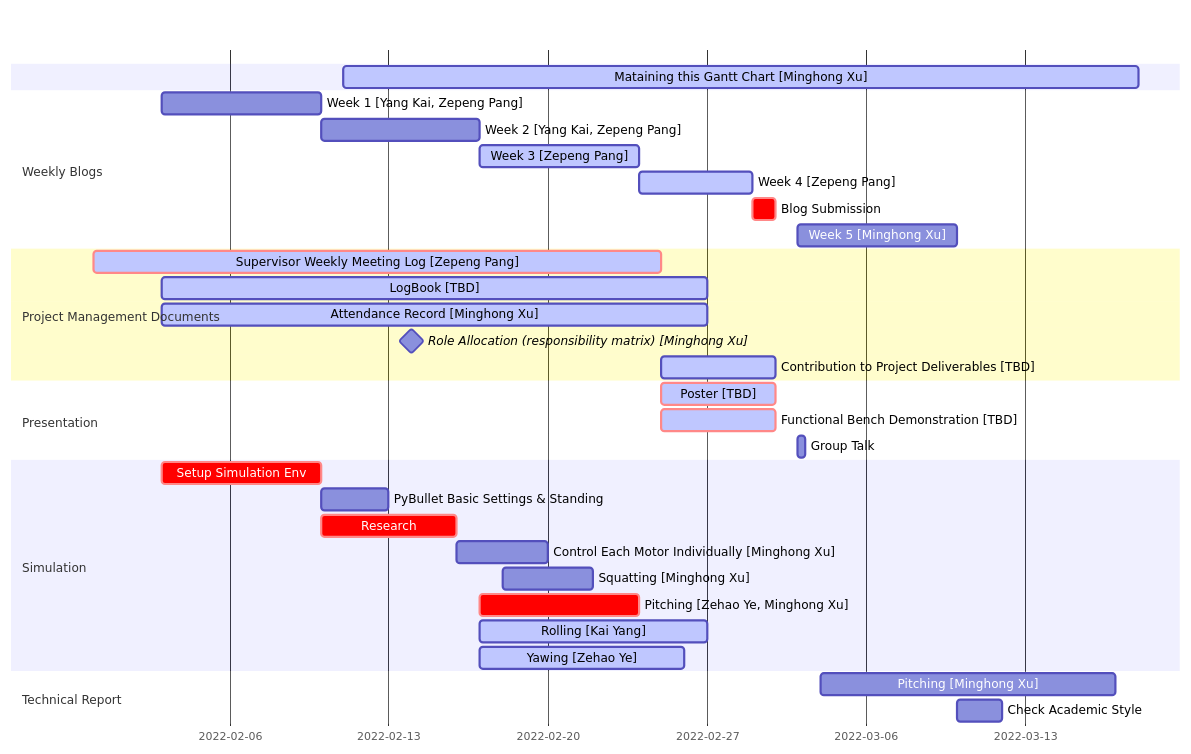
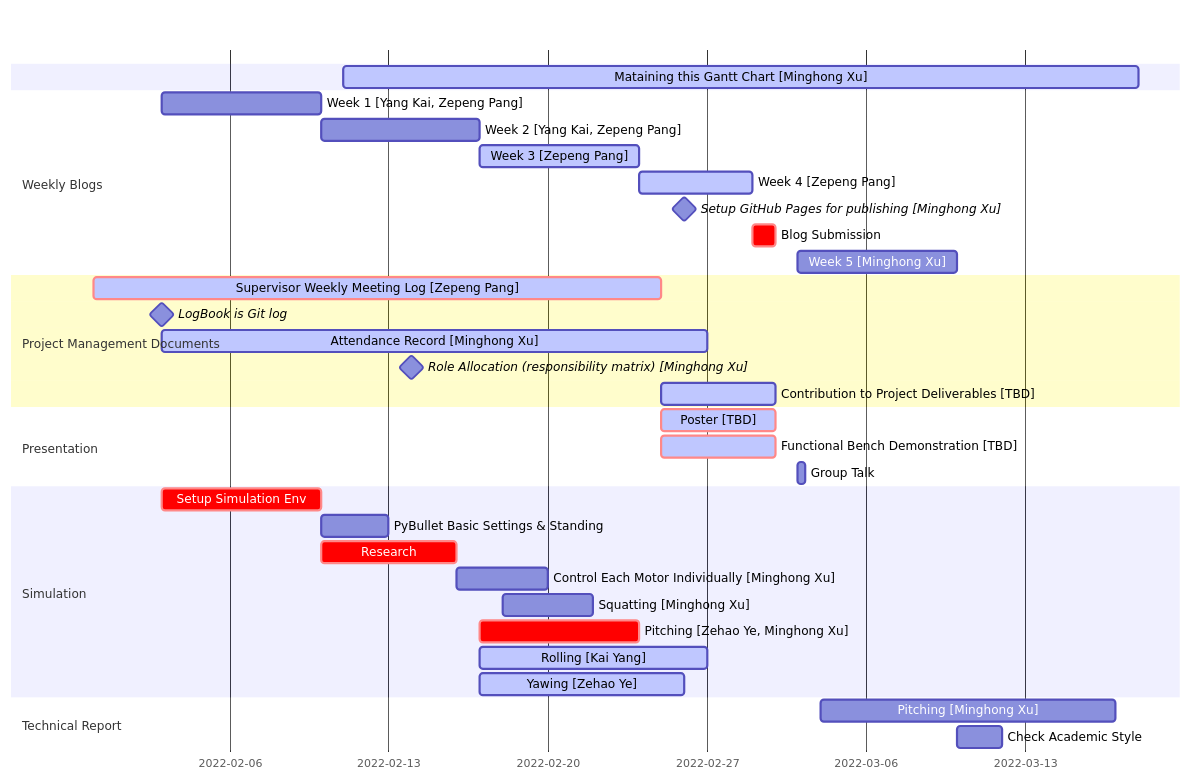
Before and after one commit to minghongx/year2-project: the diagram in README.md, drawn with Mermaid.

Commit message:
Update the Gantt Chart

````diff
--- a/README.md
+++ b/README.md
@@ -6,40 +6,41 @@
 ```mermaid
 gantt
     dateFormat  YYYY-MM-DD
 
     Mataining this Gantt Chart [Minghong Xu] : active, 2022-02-11, 2022-03-18
 
     section Weekly Blogs
     Week 1 [Yang Kai, Zepeng Pang] : blog1, 2022-02-03, 7d
     Week 2 [Yang Kai, Zepeng Pang] : blog2, after blog1, 7d
     Week 3 [Zepeng Pang] : active, blog3, after blog2, 7d
     Week 4 [Zepeng Pang] : active, blog4, after blog3, 5d
+    Setup GitHub Pages for publishing [Minghong Xu] : milestone, 2022-02-26, 0d
     Blog Submission : crit, after blog4, 2022-03-02
     Week 5 [Minghong Xu] : 2022-03-03, 7d
 
     section Project Management Documents
     Supervisor Weekly Meeting Log [Zepeng Pang] : crit, active, 2022-01-31, 2022-02-25
-    LogBook [TBD] : active, 2022-02-03, 2022-02-27
+    LogBook is Git log: milestone, 2022-02-03, 0d
     Attendance Record [Minghong Xu] : active, 2022-02-03, 2022-02-27
     Role Allocation (responsibility matrix) [Minghong Xu] : milestone, 2022-02-14, 0d
     Contribution to Project Deliverables [TBD] : active, 2022-02-25, 2022-03-02
 
     section Presentation
     Poster [TBD] : crit, active, 2022-02-25, 2022-03-02
     Functional Bench Demonstration [TBD] : crit, active, 2022-02-25, 2022-03-02
     Group Talk : 2022-03-03, 8h
 
     section Simulation
     Setup Simulation Env : crit, setup_sim_env, 2022-02-03, 7d
     PyBullet Basic Settings & Standing :after setup_sim_env, 3d
     Research : crit, research, after setup_sim_env, 6d
     Control Each Motor Individually [Minghong Xu] : after research, 2022-02-20
     Squatting [Minghong Xu] : 2022-02-18, 2022-02-22
     Pitching [Zehao Ye, Minghong Xu] : crit, 2022-02-17, 2022-02-24
     Rolling [Kai Yang] : active, 2022-02-17, 2022-02-27
     Yawing [Zehao Ye] : active, 2022-02-17, 2022-02-26
 
     section Technical Report
     Pitching [Minghong Xu] : 2022-03-04, 2022-03-17
     Check Academic Style : 2022-03-10, 2d
 ```
````
